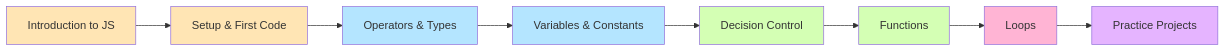
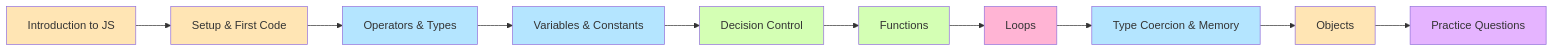
The first of 7 diagrams in README.md (UsaaryanByte07/Learning-Js), drawn with Mermaid before and after one commit. The commit also changed other lines of this file, not shown here.

````diff
--- a/README.md
+++ b/README.md
@@ -47,19 +47,23 @@
 ```mermaid
 graph LR
     A[Introduction to JS] --> B[Setup & First Code]
     B --> C[Operators & Types]
     C --> D[Variables & Constants]
     D --> E[Decision Control]
     E --> F[Functions]
     F --> G[Loops]
-    G --> H[Practice Projects]
+    G --> H[Type Coercion & Memory]
+    H --> I[Objects]
+    I --> J[Practice Questions]
     
     style A fill:#FFE5B4
     style B fill:#FFE5B4
     style C fill:#B4E5FF
     style D fill:#B4E5FF
     style E fill:#D4FFB4
     style F fill:#D4FFB4
     style G fill:#FFB4D4
-    style H fill:#E5B4FF
+    style H fill:#B4E5FF
+    style I fill:#FFE5B4
+    style J fill:#E5B4FF
 ```
````
